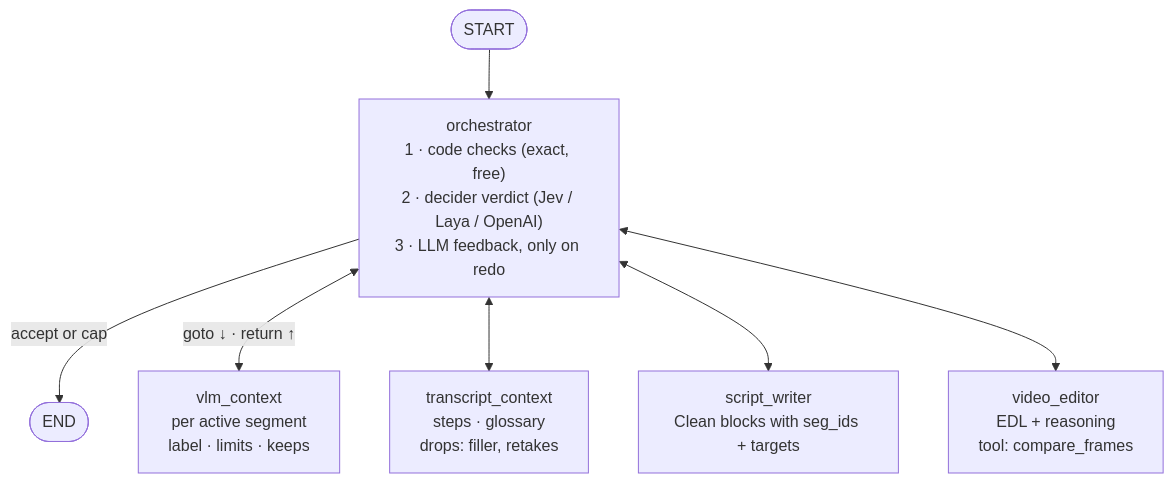
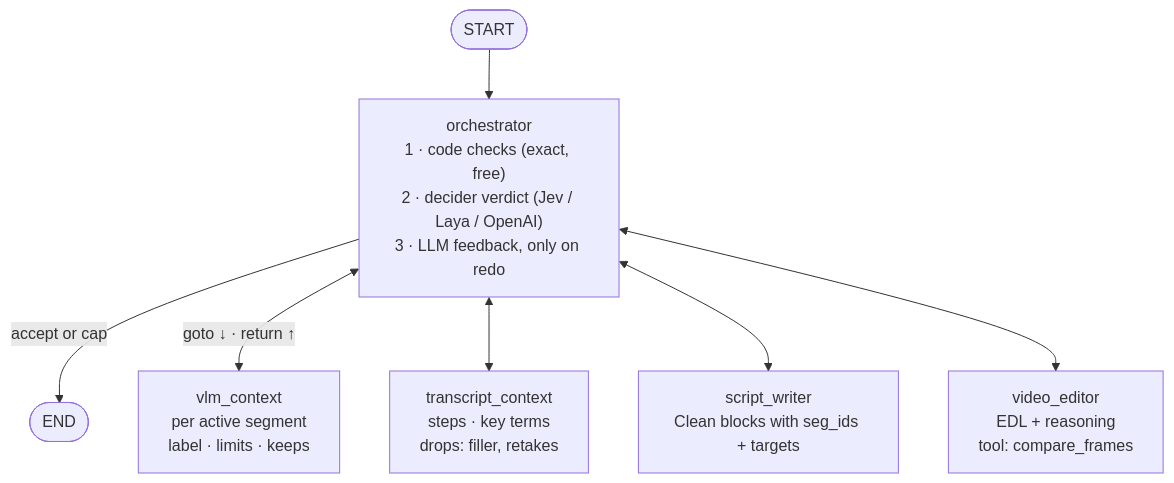
Before and after one commit to rohithsai-devx/ai-video-cleaner: the third of 3 diagrams in docs/design/hld-lld.md, drawn with Mermaid. The commit also changed other lines of this file and 8 other files, not shown here.

````diff
--- a/docs/design/hld-lld.md
+++ b/docs/design/hld-lld.md
@@ -102,10 +102,10 @@
 ```mermaid
 flowchart TB
   S([START]) --> O
   O["orchestrator<br/>1 · code checks (exact, free)<br/>2 · decider verdict (Jev / Laya / OpenAI)<br/>3 · LLM feedback, only on redo"]
   O -->|accept or cap| E([END])
   O <-->|goto ↓ · return ↑| V["vlm_context<br/>per active segment<br/>label · limits · keeps"]
-  O <--> T["transcript_context<br/>steps · glossary<br/>drops: filler, retakes"]
+  O <--> T["transcript_context<br/>steps · key terms<br/>drops: filler, retakes"]
   O <--> W["script_writer<br/>Clean blocks with seg_ids + targets"]
   O <--> ED["video_editor<br/>EDL + reasoning<br/>tool: compare_frames"]
 ```
````
